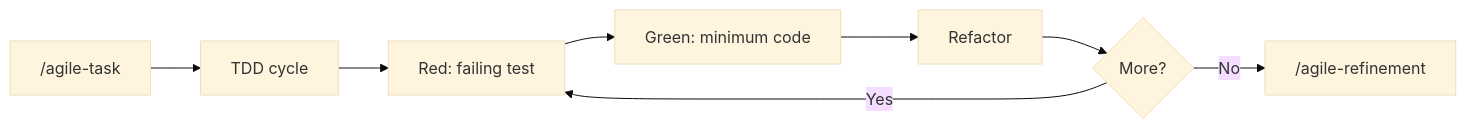
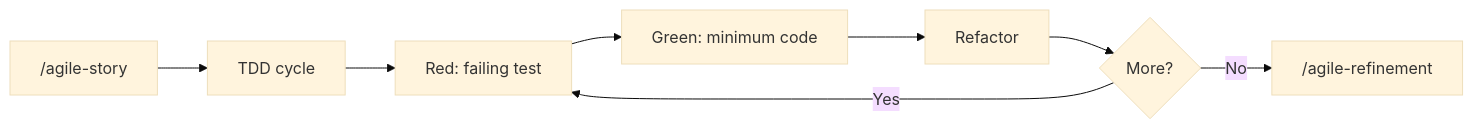
One commit to djalmajr/essential-skills changed the diagram in skills/agile-tdd/README.md. Above: the diagram before and after it, drawn with Mermaid (base theme). The commit also changed other lines of this file and 33 other files, not shown here.

First line of the commit message:
refactor(skills): rename agile-planning→agile-sprint, agile-task→agile-story

````diff
--- a/skills/agile-tdd/README.md
+++ b/skills/agile-tdd/README.md
@@ -54,10 +54,10 @@
 ```mermaid
 flowchart LR
-    A["/agile-task"] --> B[TDD cycle]
+    A["/agile-story"] --> B[TDD cycle]
     B --> C[Red: failing test]
     C --> D[Green: minimum code]
     D --> E[Refactor]
     E --> F{More?}
     F -->|Yes| C
     F -->|No| G["/agile-refinement"]
 ```
````
